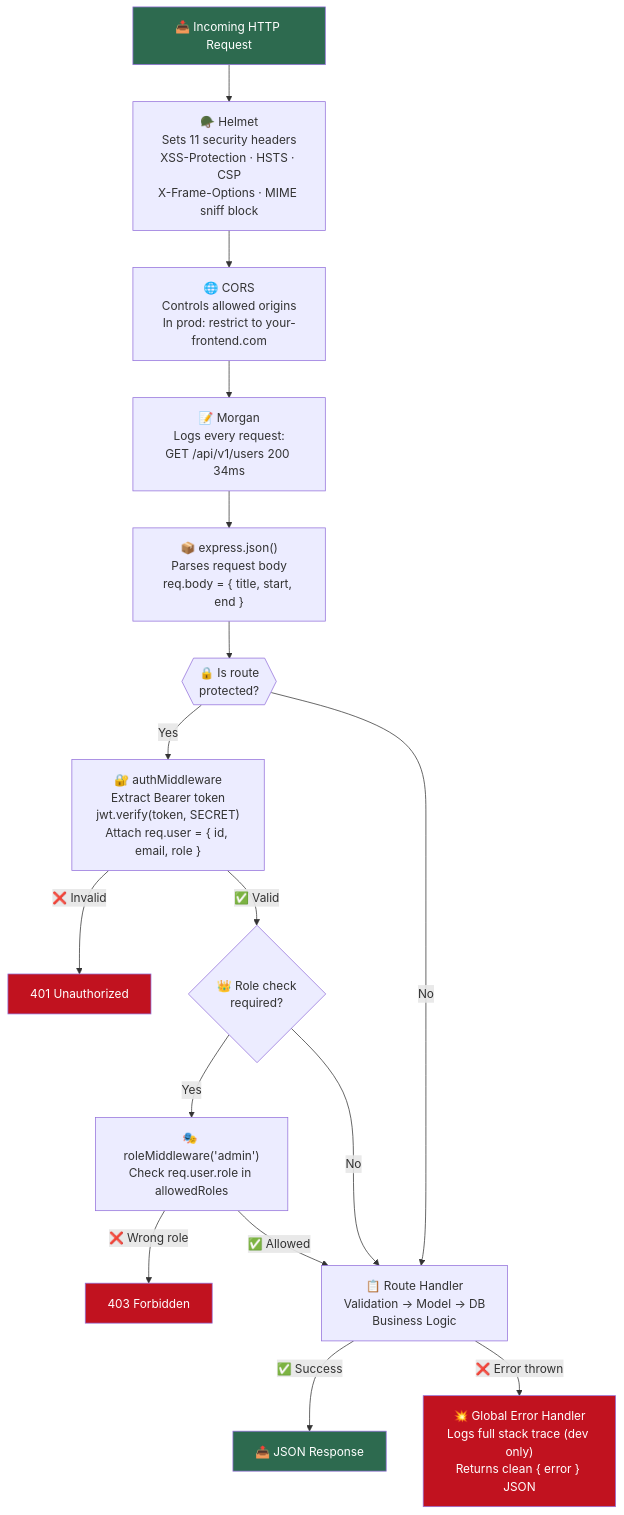
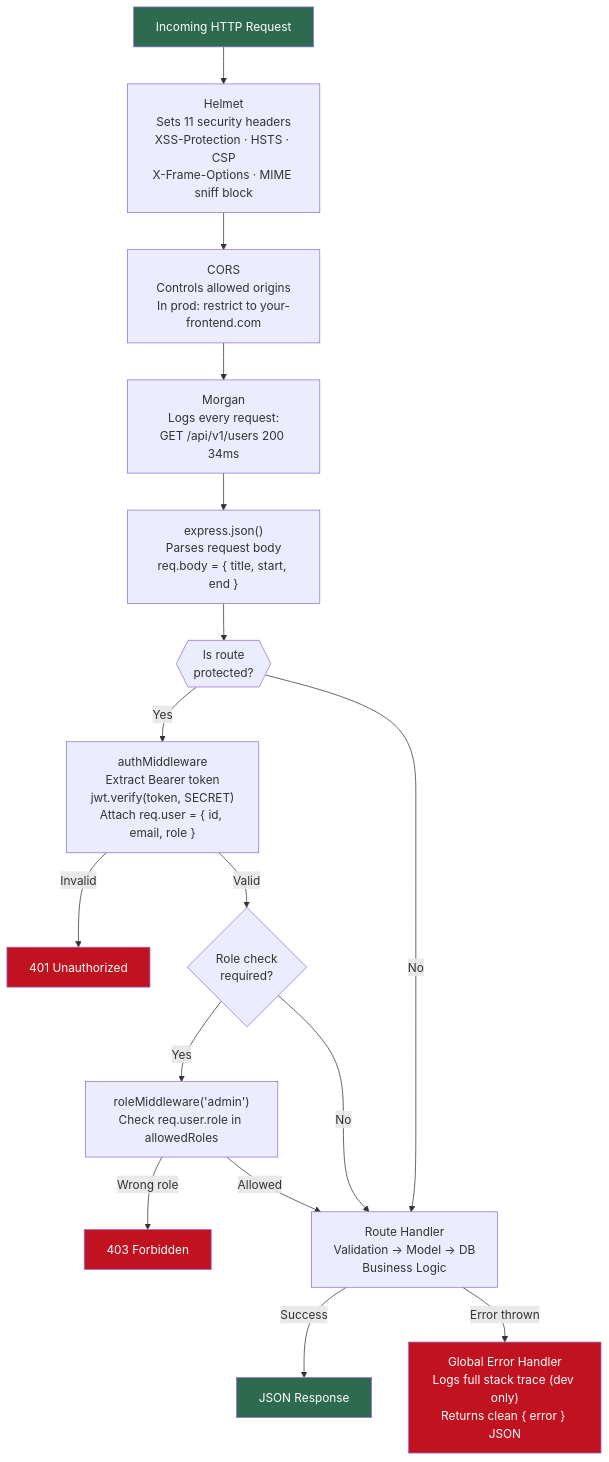
Before and after one commit to Ochanda-Charles/Event-scheduling-system: the eighth of 15 diagrams in README.md, drawn with Mermaid. The commit also changed other lines of this file, not shown here.

````diff
--- a/README.md
+++ b/README.md
@@ -409,44 +409,44 @@
 ```mermaid
 flowchart TD
-    Req["📥 Incoming HTTP Request"] --> H
+ Req[" Incoming HTTP Request"] --> H
 
-    H["🪖 Helmet\nSets 11 security headers\nXSS-Protection · HSTS · CSP\nX-Frame-Options · MIME sniff block"]
-    H --> C
+ H[" Helmet\nSets 11 security headers\nXSS-Protection · HSTS · CSP\nX-Frame-Options · MIME sniff block"]
+ H --> C
 
-    C["🌐 CORS\nControls allowed origins\nIn prod: restrict to your-frontend.com"]
-    C --> M
+ C[" CORS\nControls allowed origins\nIn prod: restrict to your-frontend.com"]
+ C --> M
 
-    M["📝 Morgan\nLogs every request:\nGET /api/v1/users 200 34ms"]
-    M --> J
+ M[" Morgan\nLogs every request:\nGET /api/v1/users 200 34ms"]
+ M --> J
 
-    J["📦 express.json()\nParses request body\nreq.body = { title, start, end }"]
-    J --> Decision
+ J[" express.json()\nParses request body\nreq.body = { title, start, end }"]
+ J --> Decision
 
-    Decision{{"🔒 Is route\nprotected?"}}
-    Decision -- Yes --> AM
-    Decision -- No --> RH
+ Decision{{" Is route\nprotected?"}}
+ Decision -- Yes --> AM
+ Decision -- No --> RH
 
-    AM["🔐 authMiddleware\nExtract Bearer token\njwt.verify(token, SECRET)\nAttach req.user = { id, email, role }"]
-    AM -- "❌ Invalid" --> E401["401 Unauthorized"]
-    AM -- "✅ Valid" --> RM
+ AM[" authMiddleware\nExtract Bearer token\njwt.verify(token, SECRET)\nAttach req.user = { id, email, role }"]
+ AM -- " Invalid" --> E401["401 Unauthorized"]
+ AM -- " Valid" --> RM
 
-    RM{"👑 Role check\nrequired?"}
-    RM -- Yes --> RoleMW
-    RM -- No --> RH
+ RM{" Role check\nrequired?"}
+ RM -- Yes --> RoleMW
+ RM -- No --> RH
 
-    RoleMW["🎭 roleMiddleware('admin')\nCheck req.user.role in allowedRoles"]
-    RoleMW -- "❌ Wrong role" --> E403["403 Forbidden"]
-    RoleMW -- "✅ Allowed" --> RH
+ RoleMW[" roleMiddleware('admin')\nCheck req.user.role in allowedRoles"]
+ RoleMW -- " Wrong role" --> E403["403 Forbidden"]
+ RoleMW -- " Allowed" --> RH
 
-    RH["📋 Route Handler\nValidation → Model → DB\nBusiness Logic"]
-    RH -- "✅ Success" --> Res["📤 JSON Response"]
-    RH -- "❌ Error thrown" --> EH
+ RH[" Route Handler\nValidation → Model → DB\nBusiness Logic"]
+ RH -- " Success" --> Res[" JSON Response"]
+ RH -- " Error thrown" --> EH
 
-    EH["💥 Global Error Handler\nLogs full stack trace (dev only)\nReturns clean { error } JSON"]
+ EH[" Global Error Handler\nLogs full stack trace (dev only)\nReturns clean { error } JSON"]
 
-    style Req fill:#2d6a4f,color:#fff
-    style Res fill:#2d6a4f,color:#fff
-    style E401 fill:#c1121f,color:#fff
-    style E403 fill:#c1121f,color:#fff
-    style EH fill:#c1121f,color:#fff
+ style Req fill:#2d6a4f,color:#fff
+ style Res fill:#2d6a4f,color:#fff
+ style E401 fill:#c1121f,color:#fff
+ style E403 fill:#c1121f,color:#fff
+ style EH fill:#c1121f,color:#fff
 ```
````
